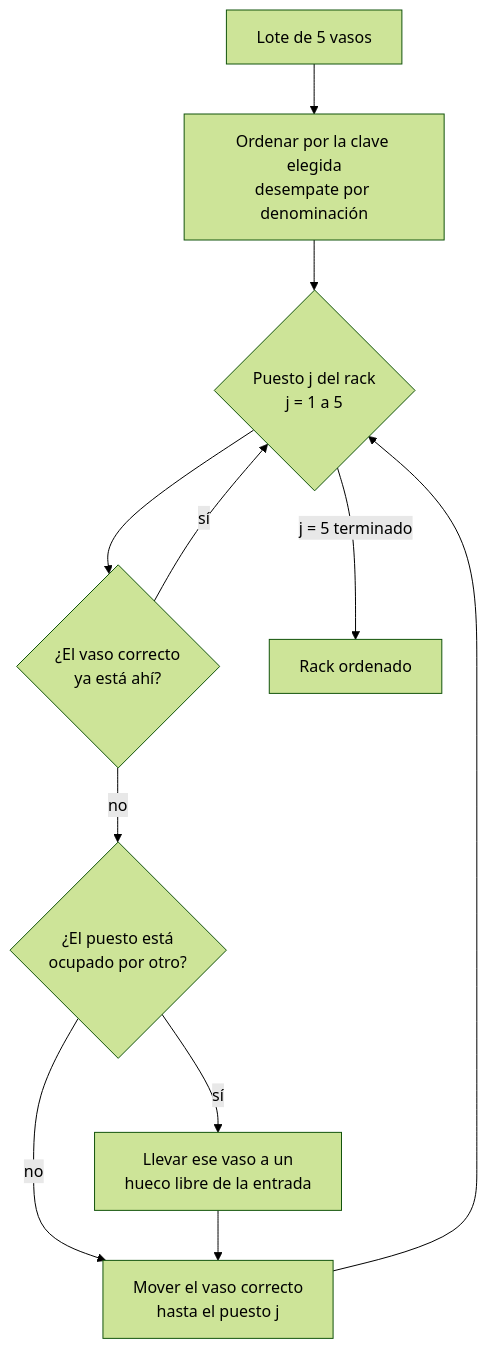
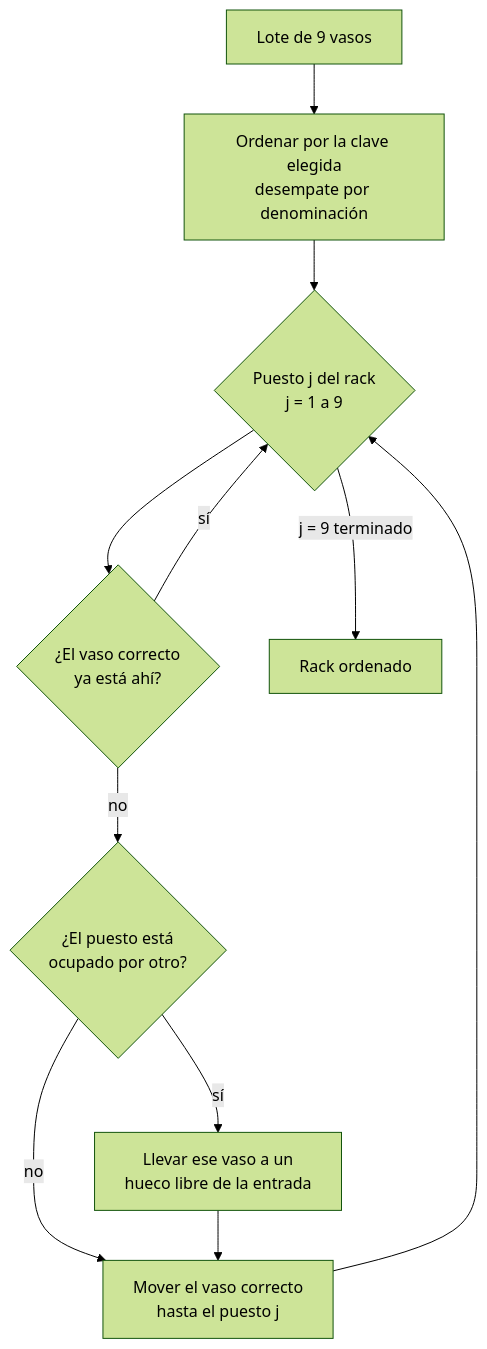
The third of 3 diagrams in docs/01-arquitectura.md (Johan-C777/coin-sorting-robot-pybullet), drawn with Mermaid (forest theme) before and after one commit. The commit also changed other lines of this file and 61 other files, not shown here.

````diff
--- a/docs/01-arquitectura.md
+++ b/docs/01-arquitectura.md
@@ -77,13 +79,13 @@
 ```mermaid
 flowchart TD
-    A["Lote de 5 vasos"] --> B["Ordenar por la clave elegida<br/>desempate por denominación"]
-    B --> C{"Puesto j del rack<br/>j = 1 a 5"}
+    A["Lote de 9 vasos"] --> B["Ordenar por la clave elegida<br/>desempate por denominación"]
+    B --> C{"Puesto j del rack<br/>j = 1 a 9"}
     C --> D{"¿El vaso correcto<br/>ya está ahí?"}
     D -->|sí| C
     D -->|no| E{"¿El puesto está<br/>ocupado por otro?"}
     E -->|sí| F["Llevar ese vaso a un<br/>hueco libre de la entrada"]
     E -->|no| G["Mover el vaso correcto<br/>hasta el puesto j"]
     F --> G
     G --> C
-    C -->|"j = 5 terminado"| H["Rack ordenado"]
+    C -->|"j = 9 terminado"| H["Rack ordenado"]
 ```
````
